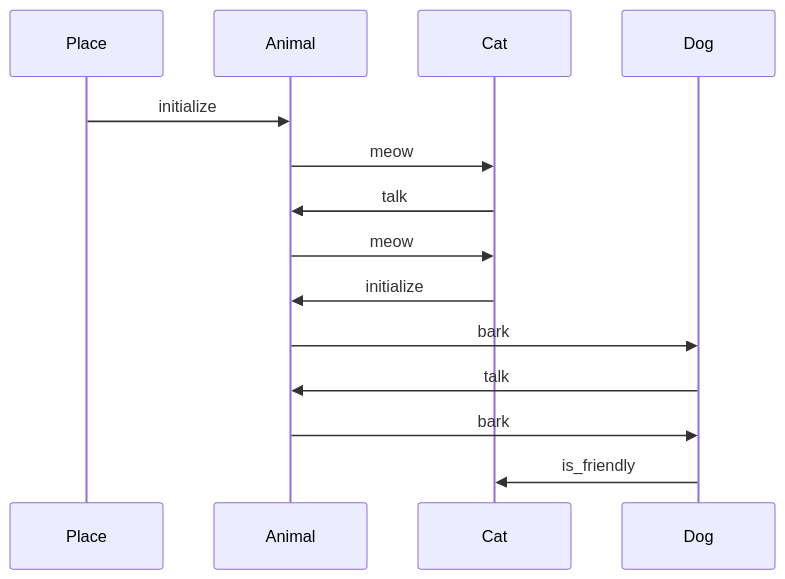
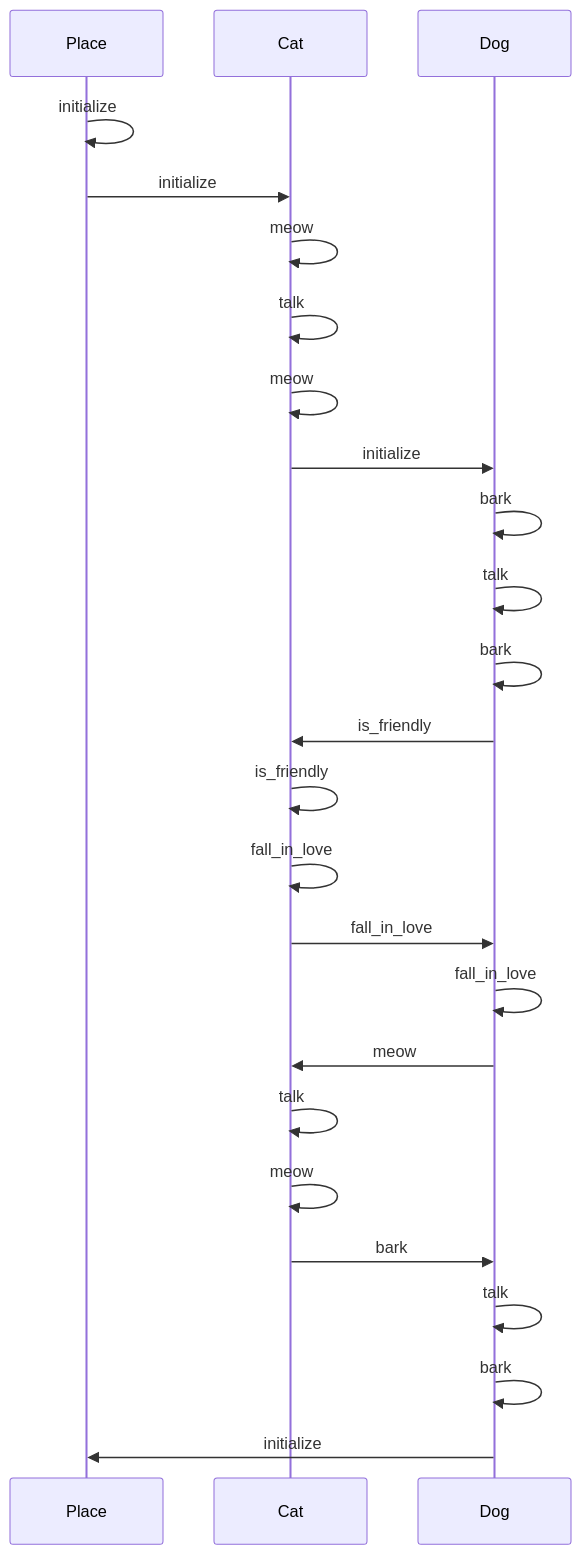
The diagram in demo/documented/run_me.md (greensync/documented), drawn with Mermaid before and after one commit. The commit also changed 3 other files, not shown here.

`````diff
--- a/demo/documented/run_me.md
+++ b/demo/documented/run_me.md
@@ -1,12 +1,24 @@
 ```mermaid
 sequenceDiagram;
-  Place->>Animal: initialize
-  Animal->>Cat: meow
-  Cat->>Animal: talk
-  Animal->>Cat: meow
-  Cat->>Animal: initialize
-  Animal->>Dog: bark
-  Dog->>Animal: talk
-  Animal->>Dog: bark
+  Place->>Place: initialize
+  Place->>Cat: initialize
+  Cat->>Cat: meow
+  Cat->>Cat: talk
+  Cat->>Cat: meow
+  Cat->>Dog: initialize
+  Dog->>Dog: bark
+  Dog->>Dog: talk
+  Dog->>Dog: bark
   Dog->>Cat: is_friendly
+  Cat->>Cat: is_friendly
+  Cat->>Cat: fall_in_love
+  Cat->>Dog: fall_in_love
+  Dog->>Dog: fall_in_love
+  Dog->>Cat: meow
+  Cat->>Cat: talk
+  Cat->>Cat: meow
+  Cat->>Dog: bark
+  Dog->>Dog: talk
+  Dog->>Dog: bark
+  Dog->>Place: initialize
 ````
`````
